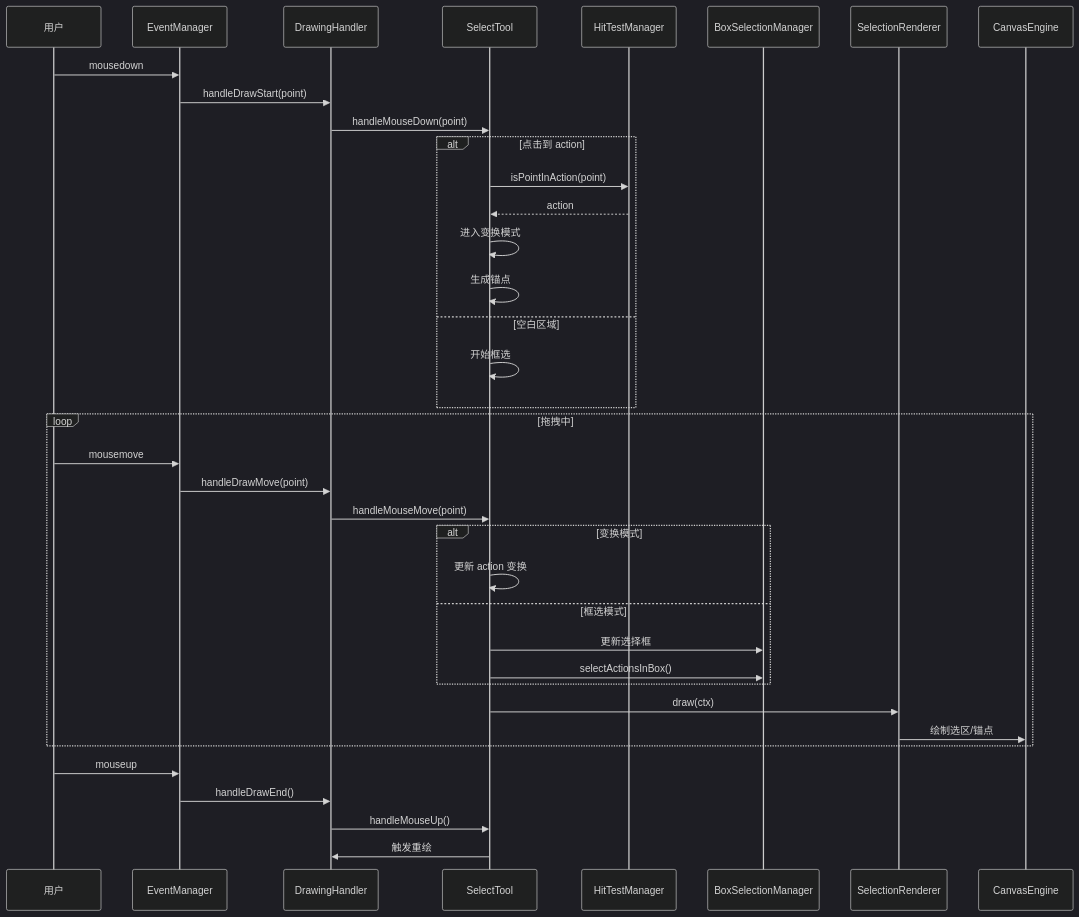
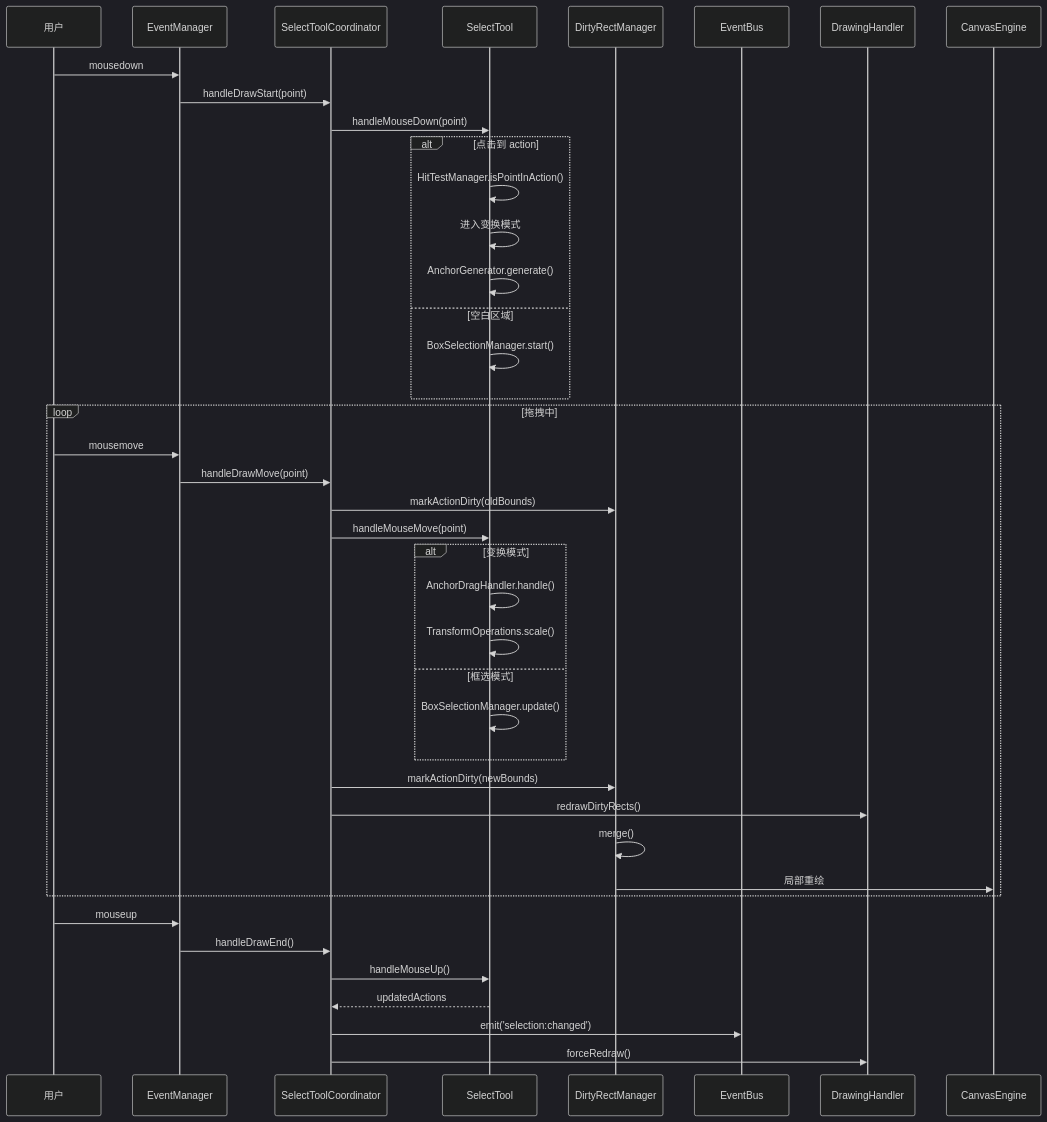
Before and after one commit to wuminghaozhan/drawBoard: the fourth of 10 diagrams in docs/UML/DESIGN.md, drawn with Mermaid (dark theme). The commit also changed other lines of this file and 88 other files, not shown here.

````diff
--- a/docs/UML/DESIGN.md
+++ b/docs/UML/DESIGN.md
@@ -201,45 +281,49 @@
 ```mermaid
 sequenceDiagram
     participant U as 用户
     participant EM as EventManager
+    participant STC as SelectToolCoordinator
+    participant ST as SelectTool
+    participant DRM as DirtyRectManager
+    participant EB as EventBus
     participant DH as DrawingHandler
-    participant ST as SelectTool
-    participant HTM as HitTestManager
-    participant BSM as BoxSelectionManager
-    participant SR as SelectionRenderer
     participant CE as CanvasEngine
     
     U->>EM: mousedown
-    EM->>DH: handleDrawStart(point)
-    DH->>ST: handleMouseDown(point)
+    EM->>STC: handleDrawStart(point)
+    STC->>ST: handleMouseDown(point)
     
     alt 点击到 action
-        ST->>HTM: isPointInAction(point)
-        HTM-->>ST: action
+        ST->>ST: HitTestManager.isPointInAction()
         ST->>ST: 进入变换模式
-        ST->>ST: 生成锚点
+        ST->>ST: AnchorGenerator.generate()
     else 空白区域
-        ST->>ST: 开始框选
+        ST->>ST: BoxSelectionManager.start()
     end
     
     loop 拖拽中
         U->>EM: mousemove
-        EM->>DH: handleDrawMove(point)
-        DH->>ST: handleMouseMove(point)
+        EM->>STC: handleDrawMove(point)
+        STC->>DRM: markActionDirty(oldBounds)
+        STC->>ST: handleMouseMove(point)
         
         alt 变换模式
-            ST->>ST: 更新 action 变换
+            ST->>ST: AnchorDragHandler.handle()
+            ST->>ST: TransformOperations.scale()
         else 框选模式
-            ST->>BSM: 更新选择框
-            ST->>BSM: selectActionsInBox()
+            ST->>ST: BoxSelectionManager.update()
         end
         
-        ST->>SR: draw(ctx)
-        SR->>CE: 绘制选区/锚点
+        STC->>DRM: markActionDirty(newBounds)
+        STC->>DH: redrawDirtyRects()
+        DRM->>DRM: merge()
+        DRM->>CE: 局部重绘
     end
     
     U->>EM: mouseup
-    EM->>DH: handleDrawEnd()
-    DH->>ST: handleMouseUp()
-    ST->>DH: 触发重绘
+    EM->>STC: handleDrawEnd()
+    STC->>ST: handleMouseUp()
+    ST-->>STC: updatedActions
+    STC->>EB: emit('selection:changed')
+    STC->>DH: forceRedraw()
 ```
````
